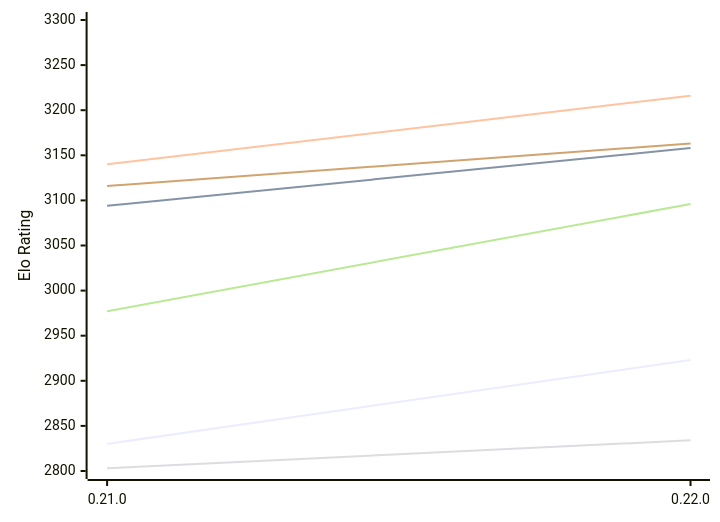
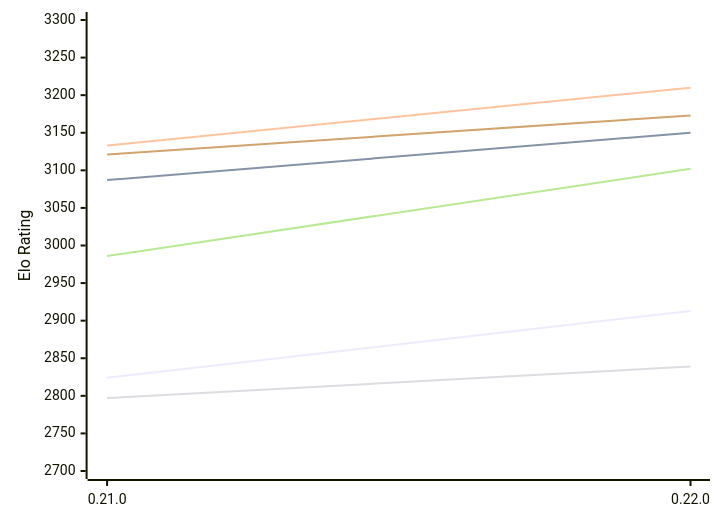
Before and after one commit to computer-chess-index/cci: the first of 2 diagrams in engines/Princhess.md, drawn with Mermaid. The commit also changed other lines of this file, not shown here.

Commit message:
Update CCI Ratings (ELO VLTC) - 2026-11-18

````diff
--- a/engines/Princhess.md
+++ b/engines/Princhess.md
@@ -50,12 +50,12 @@
 ```mermaid
 %%{init: {"theme":"base","themeVariables":{"seriesColors:['#a3a3a3','#222221','#faa371']}}}%%
 xychart-beta
   x-axis ["0.21.0", "0.22.0"]
-  y-axis "Elo Rating" 2800 --> 3300
-  line "E1: STC (8.0+0.08s)" [2830, 2923]
-  line "E1: LTC (60.0+0.60s)" [3094, 3158]
-  line "E1: VLTC (2m24s+1.12s)" [3140, 3216]
-  line "P1: STC (8.0+0.08s)" [2803, 2834]
-  line "P1: LTC (60.0+0.60s)" [2977, 3096]
-  line "P1: VLTC (2m24s+1.12s)" [3116, 3163]
+  y-axis "Elo Rating" 2700 --> 3300
+  line "E1: STC (8.0+0.08s)" [2824, 2913]
+  line "E1: LTC (60.0+0.60s)" [3087, 3150]
+  line "E1: VLTC (2m24s+1.12s)" [3133, 3210]
+  line "P1: STC (8.0+0.08s)" [2797, 2839]
+  line "P1: LTC (60.0+0.60s)" [2986, 3102]
+  line "P1: VLTC (2m24s+1.12s)" [3121, 3173]
 ```
````
